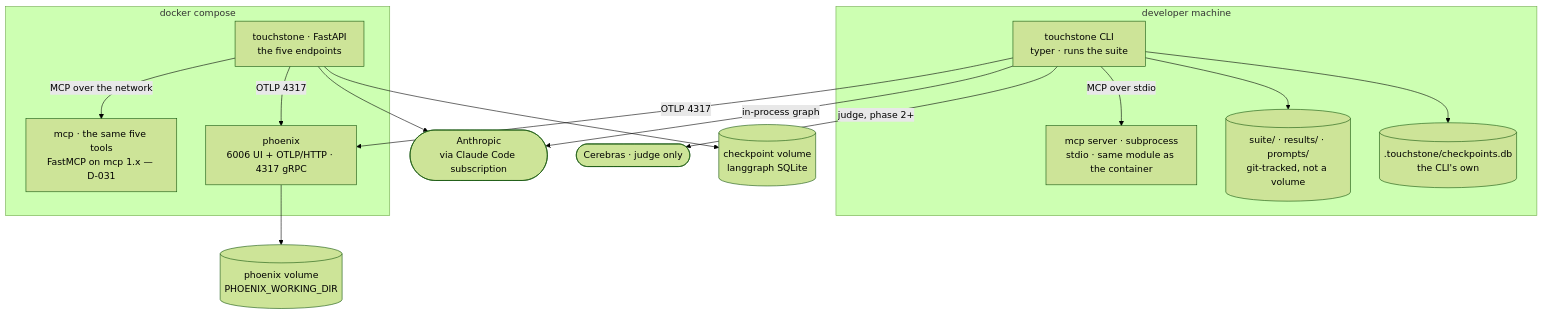
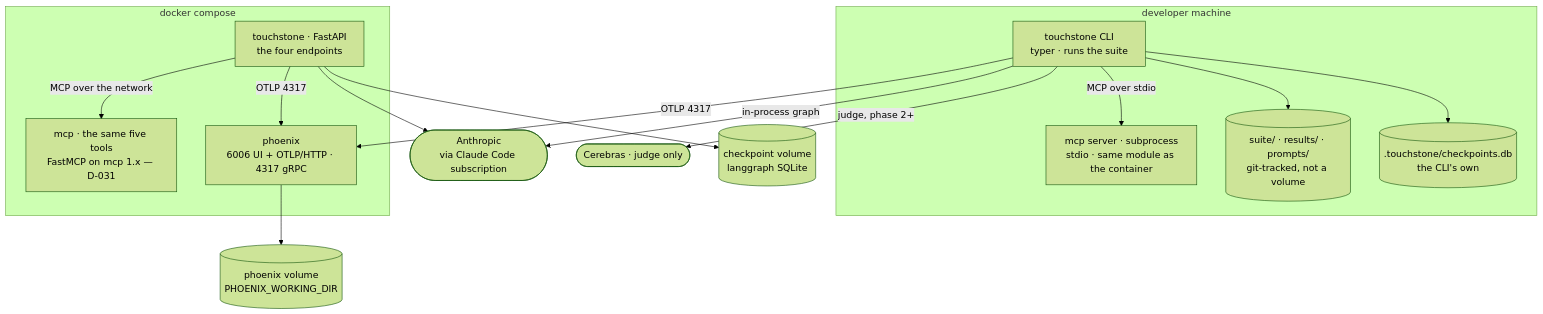
One commit to sandeepyadav1478/touchstone changed the diagram in docs/06-api.md. Above: the diagram before and after it, drawn with Mermaid (forest theme). The commit also changed other lines of this file and 12 other files, not shown here.

````diff
--- a/docs/06-api.md
+++ b/docs/06-api.md
@@ -114,30 +131,30 @@
 ```mermaid
 flowchart TB
   subgraph host["developer machine"]
     CLI["touchstone CLI<br/>typer · runs the suite"]
     MCPL["mcp server · subprocess<br/>stdio · same module as the container"]
     SUITE[("suite/ · results/ · prompts/<br/>git-tracked, not a volume")]
     CKL[(".touchstone/checkpoints.db<br/>the CLI's own")]
   end
 
   subgraph compose["docker compose"]
-    API["touchstone · FastAPI<br/>the five endpoints"]
+    API["touchstone · FastAPI<br/>the four endpoints"]
     MCP["mcp · the same five tools<br/>FastMCP on mcp 1.x — D-031"]
     PHX["phoenix<br/>6006 UI + OTLP/HTTP · 4317 gRPC"]
   end
 
   ANTH(["Anthropic<br/>via Claude Code subscription"])
   CERE(["Cerebras · judge only"])
 
   CLI --> SUITE
   CLI --> CKL
   CLI -->|"MCP over stdio"| MCPL
   CLI -->|"in-process graph"| ANTH
   CLI -->|"OTLP 4317"| PHX
   CLI -->|"judge, phase 2+"| CERE
   API -->|"MCP over the network"| MCP
   API --> ANTH
   API -->|"OTLP 4317"| PHX
   PHX --> PXV[("phoenix volume<br/>PHOENIX_WORKING_DIR")]
   API --> CKV[("checkpoint volume<br/>langgraph SQLite")]
 ```
````
